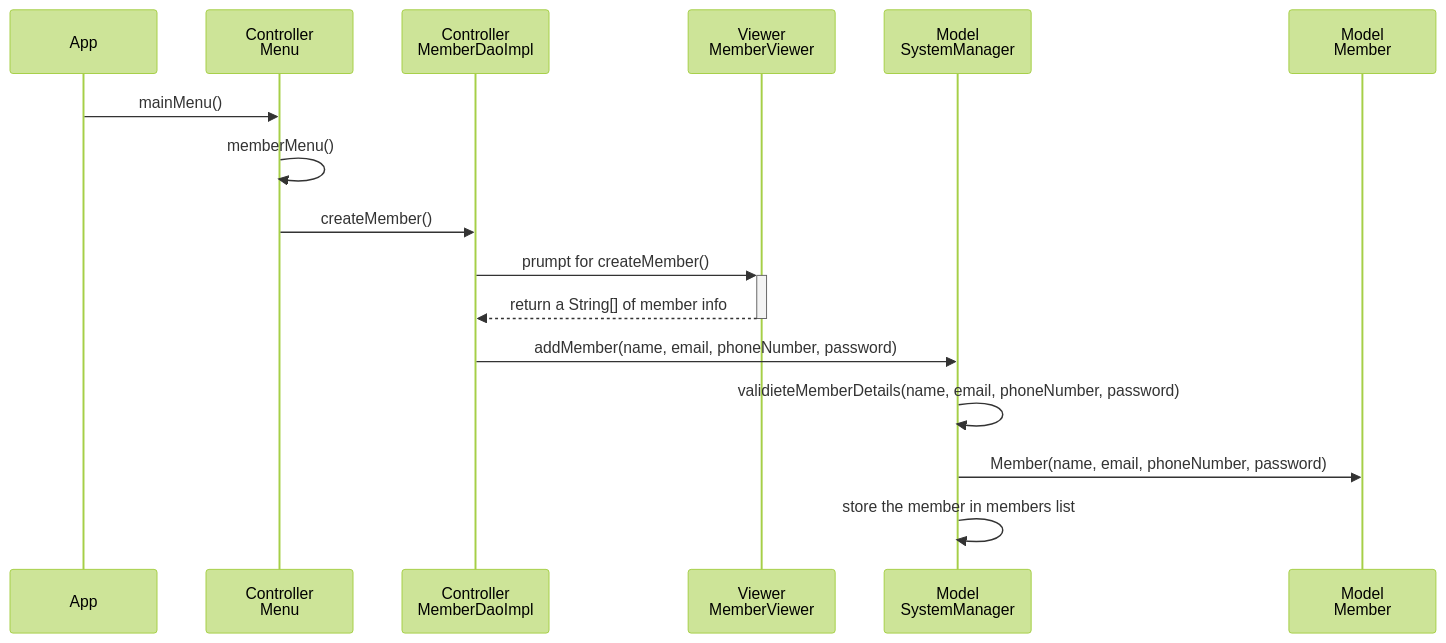
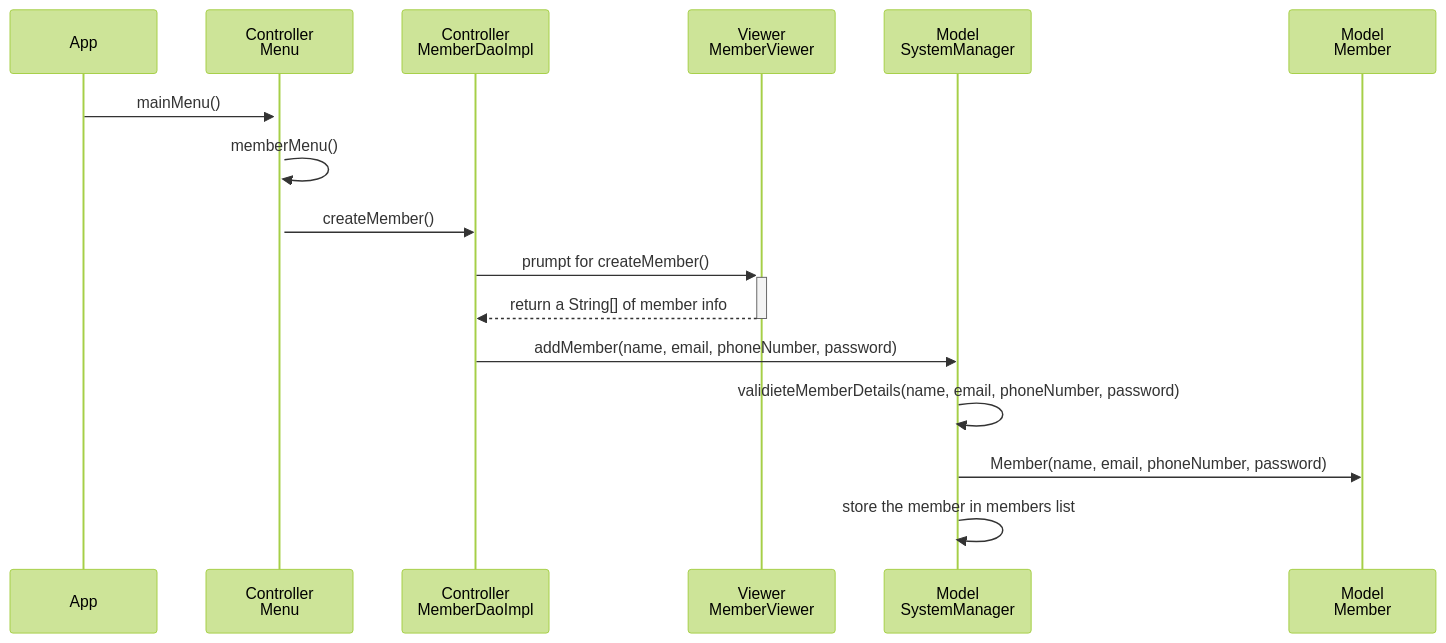
One commit to ashkar99/Stuff-Lending-System changed the fifth of 5 diagrams in design.md. Above: the diagram before and after it, drawn with Mermaid (forest theme).

Commit message:
Update file design.md

`````diff
--- a/design.md
+++ b/design.md
@@ -413,21 +413,21 @@
 ```mermaid
 sequenceDiagram
     participant App as App 
     participant Menu as Controller <br/> Menu
     participant MC as Controller <br/> MemberDaoImpl 
     participant MV as Viewer <br/> MemberViewer
     participant SM as  Model <br/> SystemManager
     participant M as Model <br/> Member
     
     %% Scenario: Add a new third member with user input and database interaction
-    App->> Menu: mainMenu()
+    App->>+ Menu: mainMenu()
     Menu->>Menu: memberMenu()
     Menu->>MC: createMember()
     MC->>+MV: prumpt for createMember()
     MV-->>-MC: return a String[] of member info
     MC->>SM: addMember(name, email, phoneNumber, password) 
     SM->>SM: validieteMemberDetails(name, email, phoneNumber, password) 
     SM->>M: Member(name, email, phoneNumber, password)
     SM->>SM: store the member in members list
 
 ````
`````
